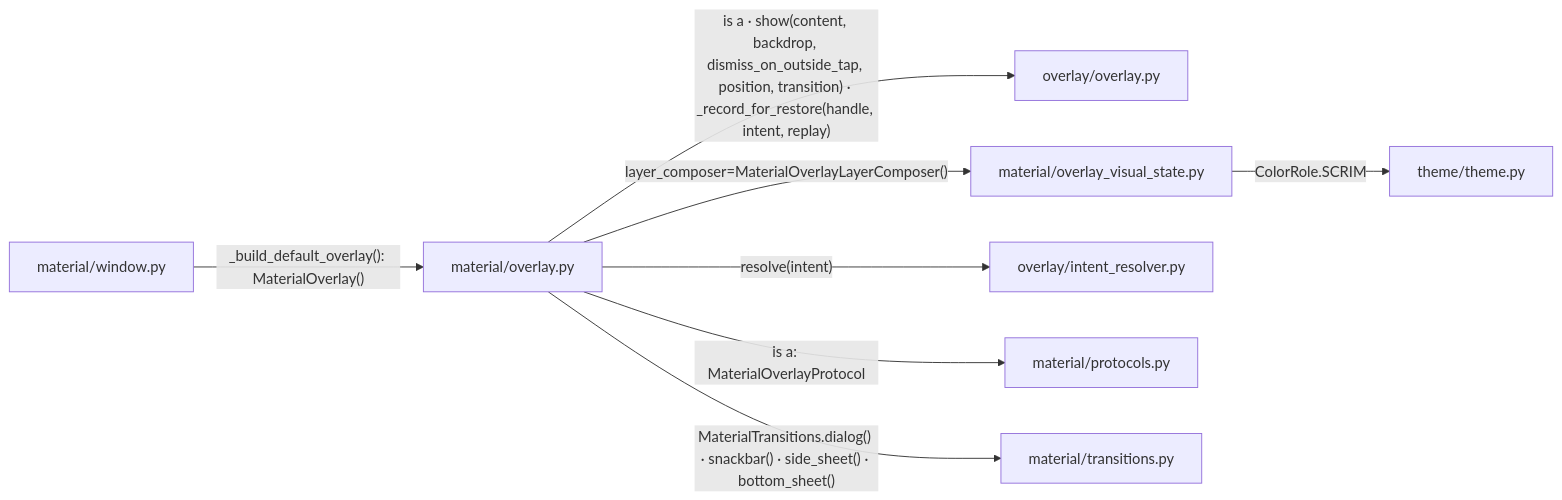
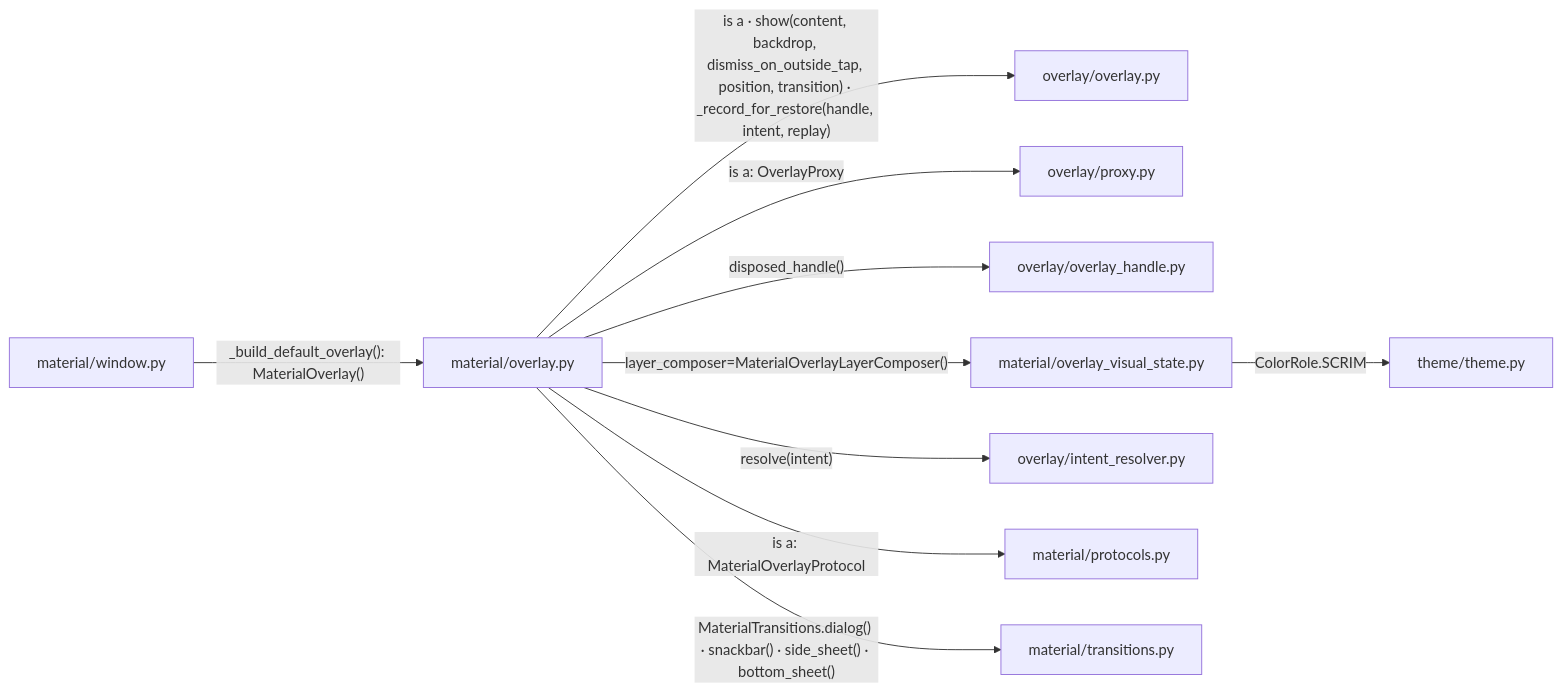
One commit to yuksblog/nuiitivet changed the ninth of 9 diagrams in docs/design/OVERLAY.md. Above: the diagram before and after it, drawn with Mermaid. The commit also changed other lines of this file and 41 other files, not shown here.

````diff
--- a/docs/design/OVERLAY.md
+++ b/docs/design/OVERLAY.md
@@ -322,19 +332,23 @@
 ```mermaid
 flowchart LR
     moverlay[material/overlay.py]
     overlay[overlay/overlay.py]
+    proxy[overlay/proxy.py]
+    handle[overlay/overlay_handle.py]
     mcomposer[material/overlay_visual_state.py]
     resolver[overlay/intent_resolver.py]
     protocols[material/protocols.py]
     mwindow[material/window.py]
     transitions[material/transitions.py]
     theme[theme/theme.py]
 
     moverlay -- "is a · show(content, backdrop, dismiss_on_outside_tap, position, transition) · _record_for_restore(handle, intent, replay)" --> overlay
+    moverlay -- "is a: OverlayProxy" --> proxy
+    moverlay -- "disposed_handle()" --> handle
     moverlay -- "layer_composer=MaterialOverlayLayerComposer()" --> mcomposer
     moverlay -- "resolve(intent)" --> resolver
     moverlay -- "is a: MaterialOverlayProtocol" --> protocols
     moverlay -- "MaterialTransitions.dialog() · snackbar() · side_sheet() · bottom_sheet()" --> transitions
     mcomposer -- "ColorRole.SCRIM" --> theme
     mwindow -- "_build_default_overlay(): MaterialOverlay()" --> moverlay
 ```
````
